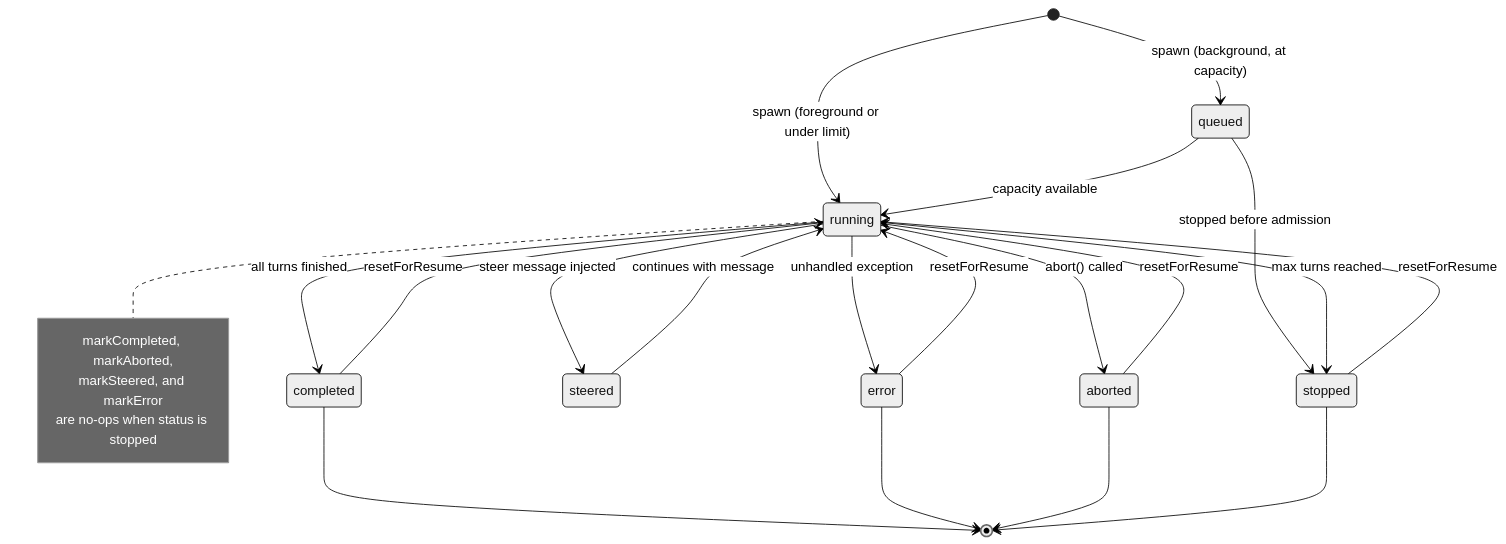
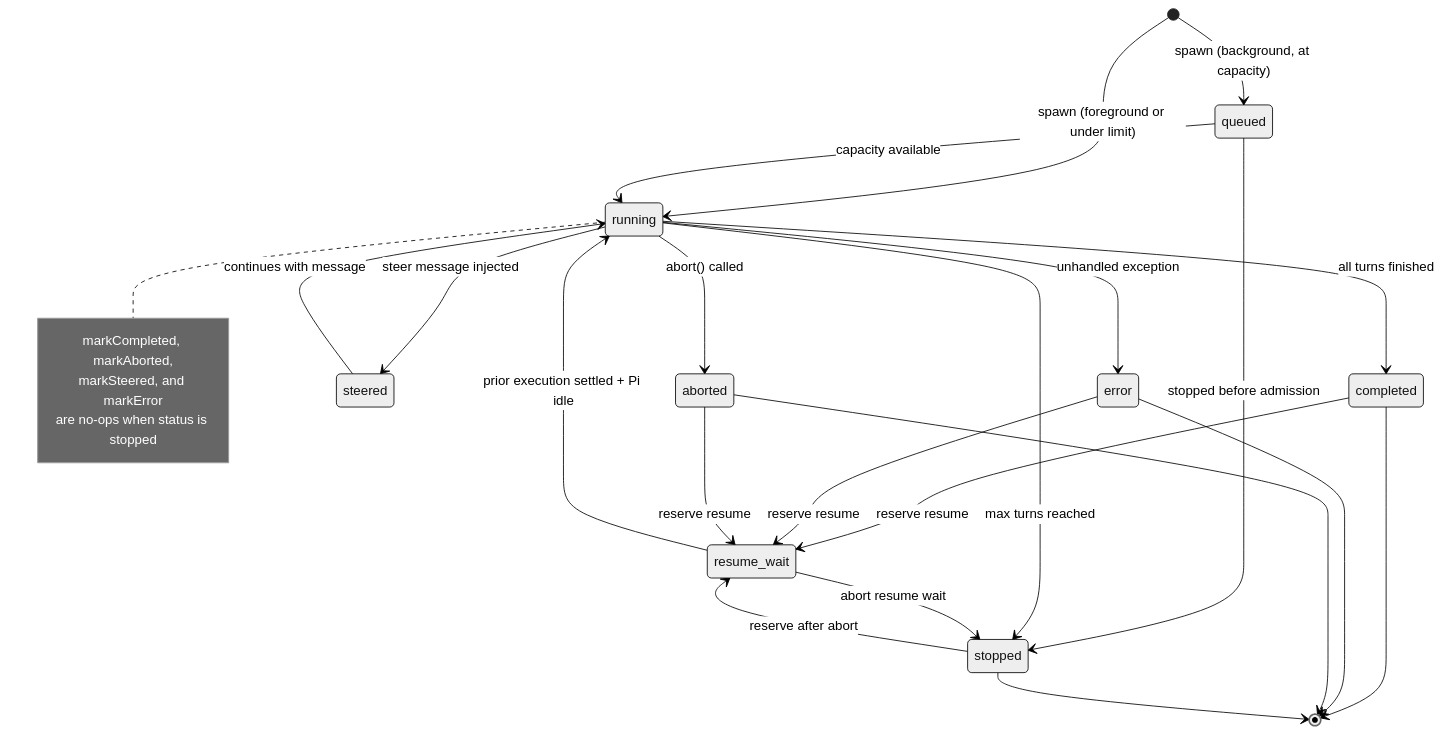
The third of 6 diagrams in packages/pi-subagents/docs/architecture/architecture.md (nklisch/pi-extensions), drawn with Mermaid (neutral theme) before and after one commit. The commit also changed other lines of this file and 30 other files, not shown here.

````diff
--- a/packages/pi-subagents/docs/architecture/architecture.md
+++ b/packages/pi-subagents/docs/architecture/architecture.md
@@ -207,27 +209,29 @@
 ```mermaid
 stateDiagram-v2
     [*] --> queued : spawn (background, at capacity)
     [*] --> running : spawn (foreground or under limit)
     queued --> running : capacity available
     queued --> stopped : stopped before admission
     running --> completed : all turns finished
     running --> error : unhandled exception
     running --> aborted : abort() called
     running --> stopped : max turns reached
     running --> steered : steer message injected
     steered --> running : continues with message
-    completed --> running : resetForResume
-    stopped --> running : resetForResume
-    error --> running : resetForResume
-    aborted --> running : resetForResume
+    completed --> resume_wait : reserve resume
+    stopped --> resume_wait : reserve after abort
+    error --> resume_wait : reserve resume
+    aborted --> resume_wait : reserve resume
+    resume_wait --> running : prior execution settled + Pi idle
+    resume_wait --> stopped : abort resume wait
     completed --> [*]
     error --> [*]
     aborted --> [*]
     stopped --> [*]
 
     note right of running
         markCompleted, markAborted,
         markSteered, and markError
         are no-ops when status is stopped
     end note
 ```
````
